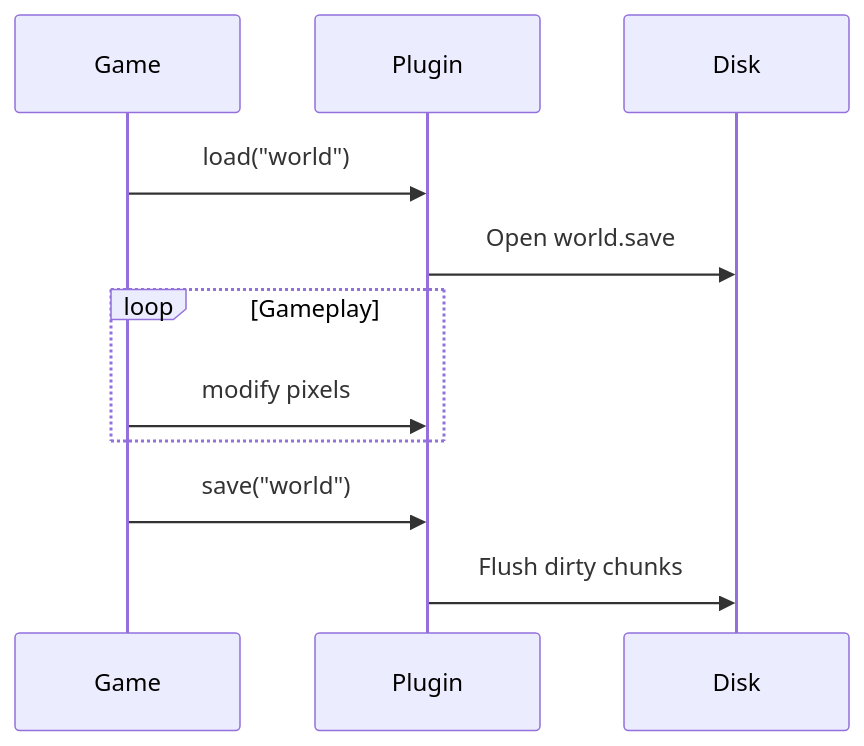
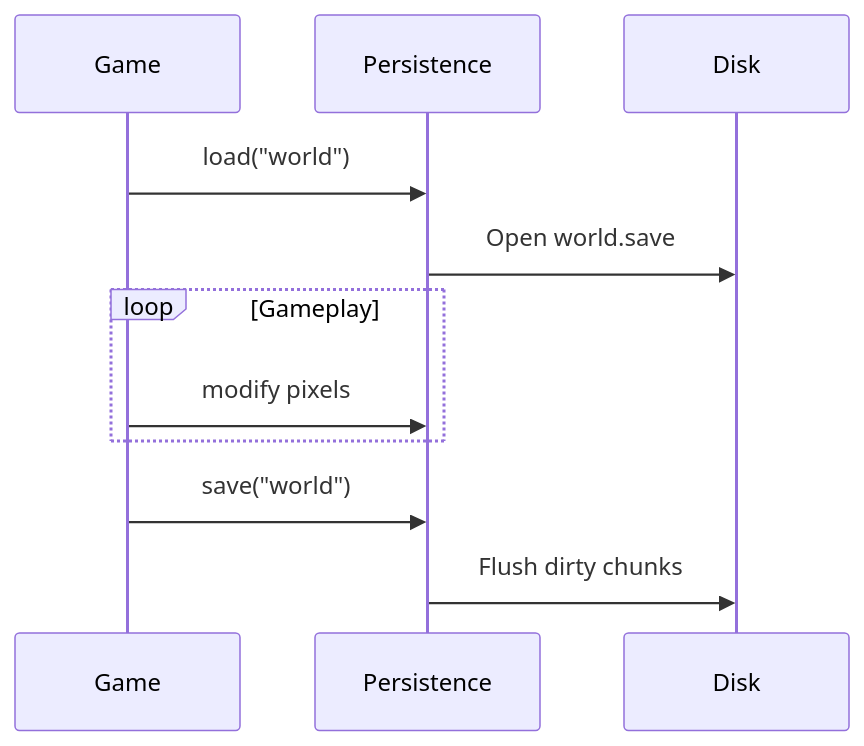
One commit to api-haus/bevy_pixel_world changed the third of 5 diagrams in docs/architecture/persistence/named-saves.md. Above: the diagram before and after it, drawn with Mermaid. The commit also changed other lines of this file and 37 other files, not shown here.

First line of the commit message:
docs: remove library framing, adopt game-first architecture

````diff
--- a/docs/architecture/persistence/named-saves.md
+++ b/docs/architecture/persistence/named-saves.md
@@ -93,16 +93,16 @@
 ```mermaid
 sequenceDiagram
     participant Game
-    participant Plugin
+    participant Persistence
     participant Disk
 
-    Game->>Plugin: load("world")
-    Plugin->>Disk: Open world.save
+    Game->>Persistence: load("world")
+    Persistence->>Disk: Open world.save
 
     loop Gameplay
-        Game->>Plugin: modify pixels
+        Game->>Persistence: modify pixels
     end
 
-    Game->>Plugin: save("world")
-    Plugin->>Disk: Flush dirty chunks
+    Game->>Persistence: save("world")
+    Persistence->>Disk: Flush dirty chunks
 ```
````
